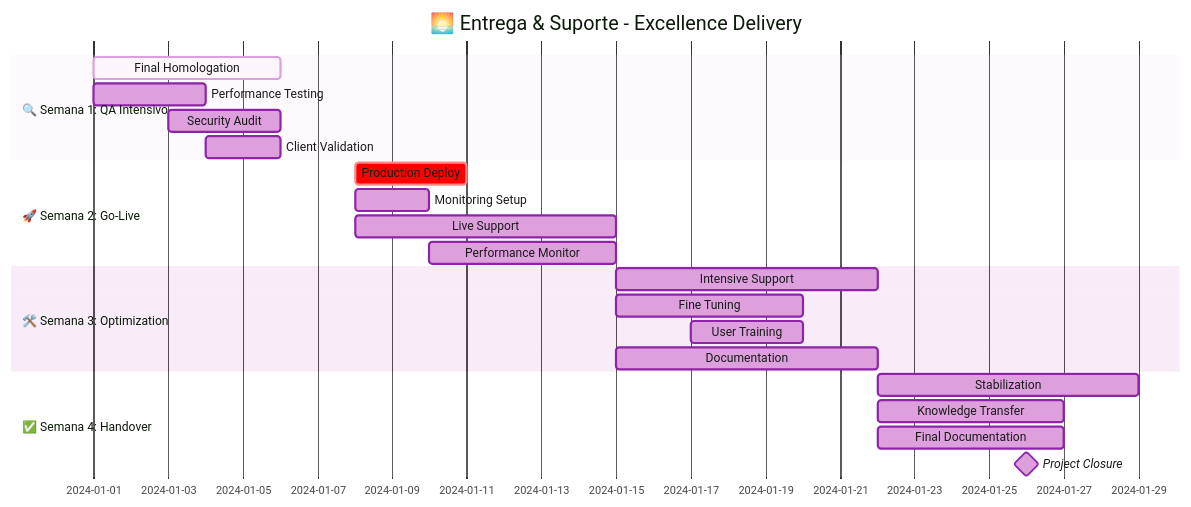
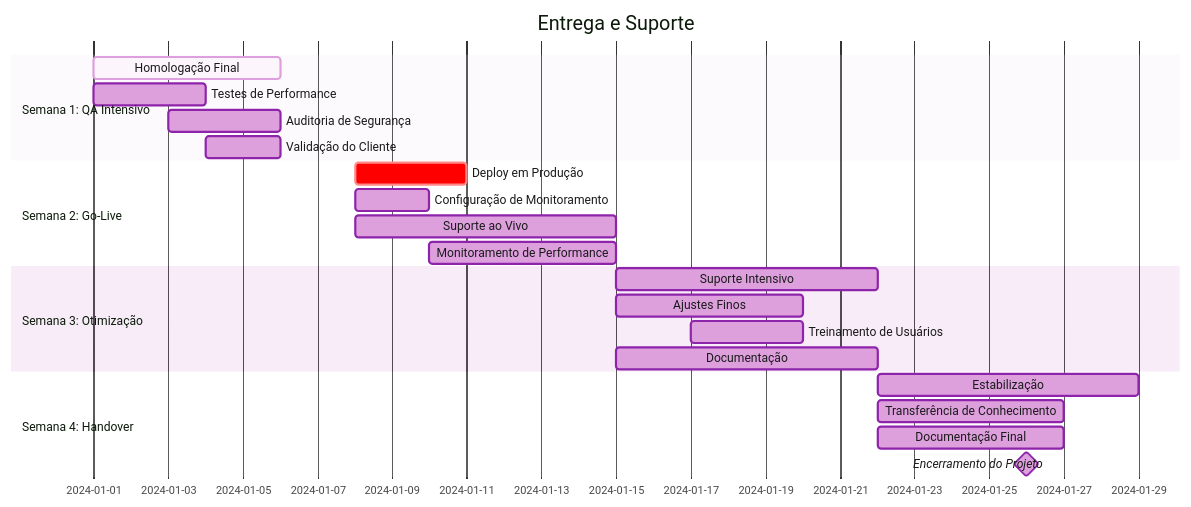
One commit to solanisdev/solar changed the tenth of 20 diagrams in README.md. Above: the diagram before and after it, drawn with Mermaid. The commit also changed other lines of this file, not shown here.

````diff
--- a/README.md
+++ b/README.md
@@ -367,26 +359,26 @@
 ```mermaid
 %%{init: {'theme':'base', 'themeVariables': {'primaryColor':'#DDA0DD','primaryTextColor':'#1a1a1a','primaryBorderColor':'#8E24AA','lineColor':'#6A1B9A','secondaryColor':'#E1BEE7','tertiaryColor':'#F3E5F5'}}}%%
 gantt
-    title 🌅 Entrega & Suporte - Excellence Delivery
+    title Entrega e Suporte
     dateFormat  YYYY-MM-DD
-    section 🔍 Semana 1: QA Intensivo
-    Final Homologation   :active, w1, 2024-01-01, 5d
-    Performance Testing  :w1p, 2024-01-01, 3d
-    Security Audit       :w1s, 2024-01-03, 3d
-    Client Validation    :w1c, 2024-01-04, 2d
-    section 🚀 Semana 2: Go-Live
-    Production Deploy    :crit, w2, 2024-01-08, 3d
-    Monitoring Setup     :w2m, 2024-01-08, 2d
-    Live Support         :w2s, 2024-01-08, 7d
-    Performance Monitor  :w2p, 2024-01-10, 5d
-    section 🛠️ Semana 3: Optimization
-    Intensive Support    :w3, 2024-01-15, 7d
-    Fine Tuning          :w3t, 2024-01-15, 5d
-    User Training        :w3u, 2024-01-17, 3d
-    Documentation        :w3d, 2024-01-15, 7d
-    section ✅ Semana 4: Handover
-    Stabilization        :w4, 2024-01-22, 7d
-    Knowledge Transfer   :w4k, 2024-01-22, 5d
-    Final Documentation  :w4d, 2024-01-22, 5d
-    Project Closure      :milestone, closure, 2024-01-26, 0d
+    section Semana 1: QA Intensivo
+    Homologação Final   :active, w1, 2024-01-01, 5d
+    Testes de Performance  :w1p, 2024-01-01, 3d
+    Auditoria de Segurança       :w1s, 2024-01-03, 3d
+    Validação do Cliente    :w1c, 2024-01-04, 2d
+    section Semana 2: Go-Live
+    Deploy em Produção    :crit, w2, 2024-01-08, 3d
+    Configuração de Monitoramento     :w2m, 2024-01-08, 2d
+    Suporte ao Vivo         :w2s, 2024-01-08, 7d
+    Monitoramento de Performance  :w2p, 2024-01-10, 5d
+    section Semana 3: Otimização
+    Suporte Intensivo    :w3, 2024-01-15, 7d
+    Ajustes Finos          :w3t, 2024-01-15, 5d
+    Treinamento de Usuários        :w3u, 2024-01-17, 3d
+    Documentação        :w3d, 2024-01-15, 7d
+    section Semana 4: Handover
+    Estabilização        :w4, 2024-01-22, 7d
+    Transferência de Conhecimento   :w4k, 2024-01-22, 5d
+    Documentação Final  :w4d, 2024-01-22, 5d
+    Encerramento do Projeto      :milestone, closure, 2024-01-26, 0d
 ```
````
